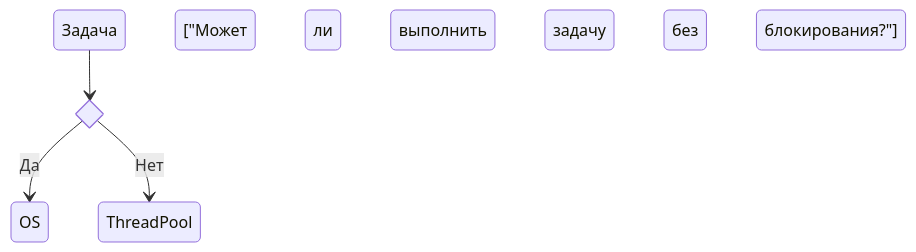
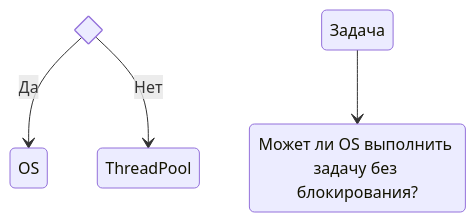
The diagram in Udemy/Node.js/README.md (zohidulla/training-skills), drawn with Mermaid before and after one commit.

Commit message:
Event Loop

````diff
--- a/Udemy/Node.js/README.md
+++ b/Udemy/Node.js/README.md
@@ -224,7 +224,9 @@
 ```mermaid
 stateDiagram-v2
   state if_state <<choice>>
-  Задача --> if_state ["Может ли OS выполнить задачу без блокирования?"]
+  state1: Задача
+  state2: Может ли OS выполнить задачу без блокирования?
+  state1 --> state2
   if_state --> OS: Да
   if_state --> ThreadPool: Нет
 ```
````
